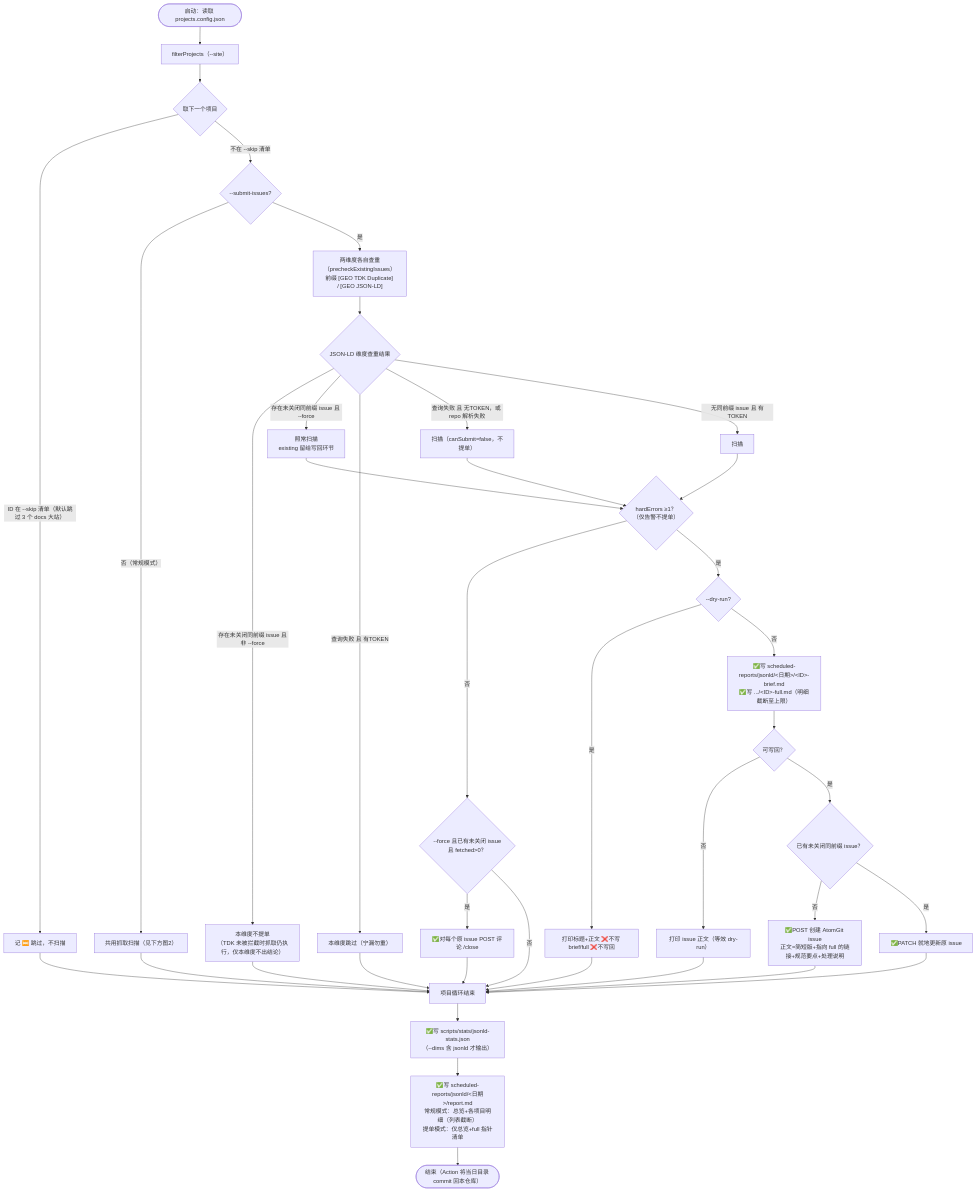
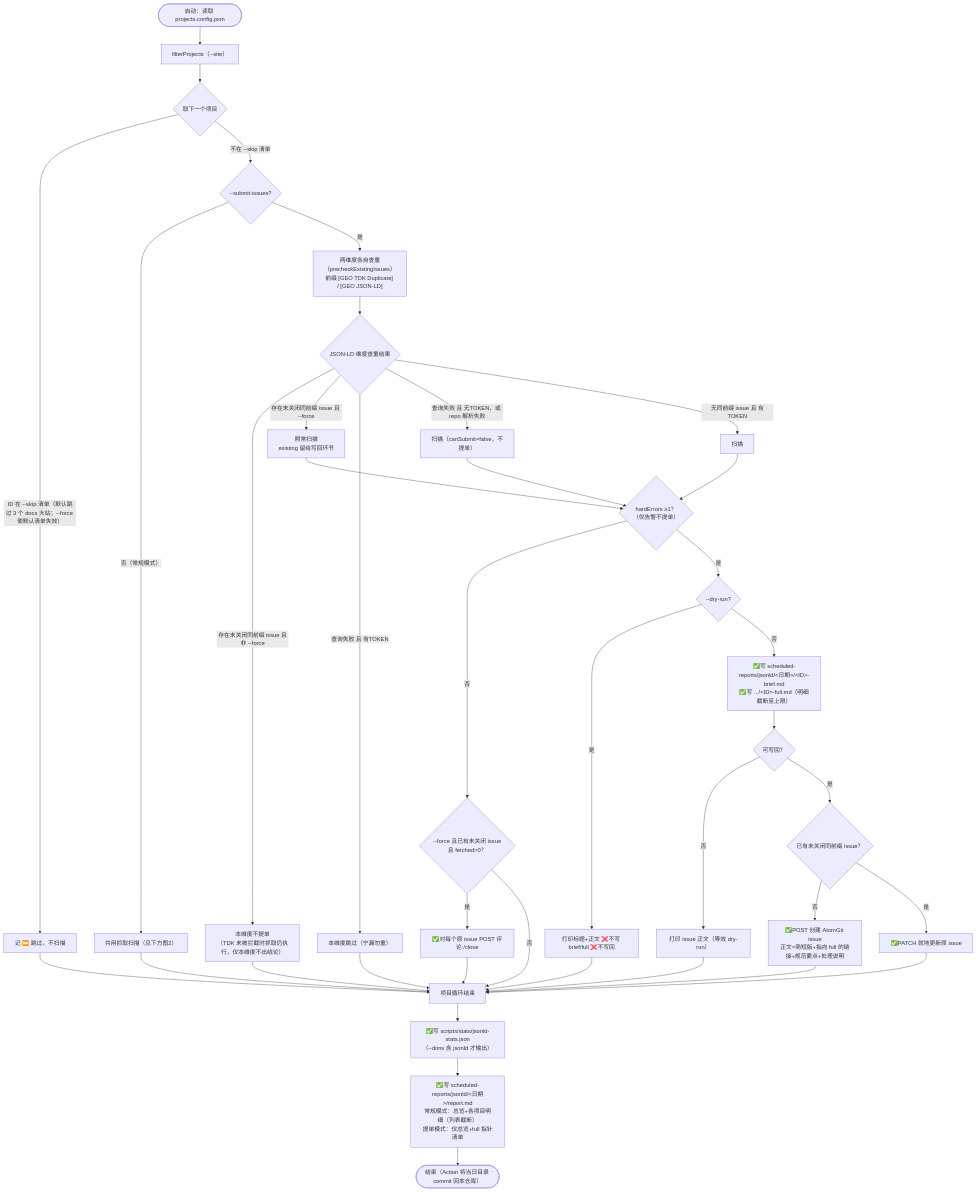
Before and after one commit to opensourceways/daily-check-workflow: the first of 2 diagrams in measures/04-json-ld/工具与脚本.md, drawn with Mermaid. The commit also changed other lines of this file and 7 other files, not shown here.

Commit message:
feat(tdk-jsonld): --force also bypasses the default skip list (docs big sites)

````diff
--- a/measures/04-json-ld/工具与脚本.md
+++ b/measures/04-json-ld/工具与脚本.md
@@ -73,44 +73,44 @@
 ```mermaid
 flowchart TD
     S(["启动：读取 projects.config.json"]) --> FLT["filterProjects（--site）"]
     FLT --> LOOP{"取下一个项目"}
-    LOOP -->|"ID 在 --skip 清单（默认跳过 3 个 docs 大站）"| SKIP1["记 ⏭️ 跳过，不扫描"]
+    LOOP -->|"ID 在 --skip 清单（默认跳过 3 个 docs 大站；--force 使默认清单失效）"| SKIP1["记 ⏭️ 跳过，不扫描"]
     LOOP -->|"不在 --skip 清单"| MODE{"--submit-issues?"}
 
     MODE -->|"否（常规模式）"| SCAN["共用抓取扫描（见下方图2）"]
     SCAN --> LOOP2["项目循环结束"]
 
     MODE -->|"是"| PRE["两维度各自查重（precheckExistingIssues）<br/>前缀 [GEO TDK Duplicate] / [GEO JSON-LD]"]
     PRE --> PR{"JSON-LD 维度查重结果"}
     PR -->|"存在未关闭同前缀 issue 且非 --force"| B1["本维度不提单<br/>（TDK 未被拦截时抓取仍执行，仅本维度不出结论）"]
     PR -->|"存在未关闭同前缀 issue 且 --force"| SCAN4["照常扫描<br/>existing 留给写回环节"]
     PR -->|"查询失败 且 有TOKEN"| SKIP2["本维度跳过（宁漏勿重）"]
     PR -->|"查询失败 且 无TOKEN，或 repo 解析失败"| SCAN2["扫描（canSubmit=false，不提单）"]
     PR -->|"无同前缀 issue 且 有TOKEN"| SCAN3["扫描"]
     SCAN2 --> HIT
     SCAN3 --> HIT
     SCAN4 --> HIT
     HIT{"hardErrors ≥1？<br/>（仅告警不提单）"}
     HIT -->|"否"| CL{"--force 且已有未关闭 issue<br/>且 fetched>0？"}
     CL -->|"是"| CLOSE["✅对每个原 issue POST 评论 /close"]
     CL -->|"否"| LOOP2
     HIT -->|"是"| DR{"--dry-run?"}
     DR -->|"是"| P1["打印标题+正文 ❌不写 brief/full ❌不写回"]
     DR -->|"否"| BF["✅写 scheduled-reports/jsonld/&lt;日期&gt;/&lt;ID&gt;-brief.md<br/>✅写 .../&lt;ID&gt;-full.md（明细截断至上限）"]
     BF --> CS{"可写回？"}
     CS -->|"否"| P2["打印 issue 正文（等效 dry-run）"]
     CS -->|"是"| WB{"已有未关闭同前缀 issue？"}
     WB -->|"否"| ISSUE["✅POST 创建 AtomGit issue<br/>正文=简短版+指向 full 的链接+规范要点+处理说明"]
     WB -->|"是"| UPD["✅PATCH 就地更新原 issue"]
     B1 --> LOOP2
     SKIP1 --> LOOP2
     SKIP2 --> LOOP2
     P1 --> LOOP2
     P2 --> LOOP2
     ISSUE --> LOOP2
     UPD --> LOOP2
     CLOSE --> LOOP2
     LOOP2 --> STATS["✅写 scripts/stats/jsonld-stats.json<br/>（--dims 含 jsonld 才输出）"]
     STATS --> RPT["✅写 scheduled-reports/jsonld/&lt;日期&gt;/report.md<br/>常规模式：总览+各项目明细（列表截断）<br/>提单模式：仅总览+full 指针清单"]
     RPT --> END(["结束（Action 将当日目录 commit 回本仓库）"])
 ```
````
